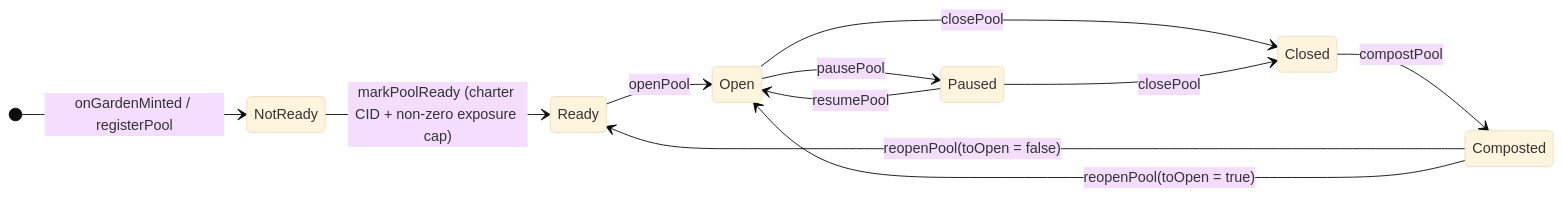
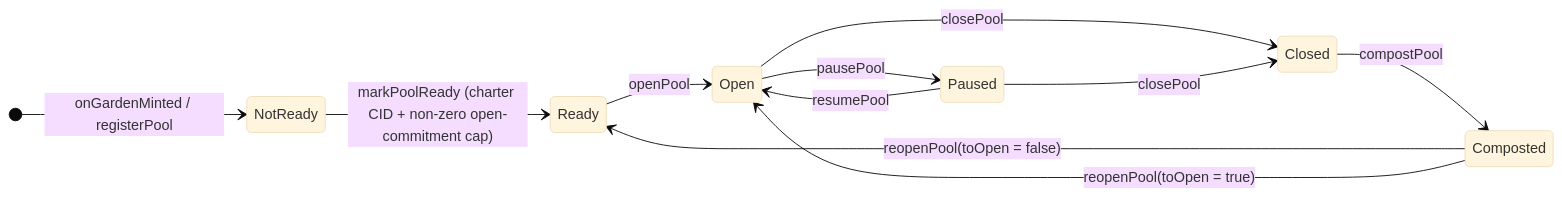
The fifth of 20 diagrams in .plans/active/commitment-pooling/diagrams.md (greenpill-dev-guild/green-goods), drawn with Mermaid (base theme) before and after one commit. The commit also changed other lines of this file and 13 other files, not shown here.

````diff
--- a/.plans/active/commitment-pooling/diagrams.md
+++ b/.plans/active/commitment-pooling/diagrams.md
@@ -289,14 +315,14 @@
 ```mermaid
 stateDiagram-v2
   direction LR
   [*] --> NotReady : onGardenMinted / registerPool
-  NotReady --> Ready : markPoolReady (charter CID + non-zero exposure cap)
+  NotReady --> Ready : markPoolReady (charter CID + non-zero open-commitment cap)
   Ready --> Open : openPool
   Open --> Paused : pausePool
   Paused --> Open : resumePool
   Open --> Closed : closePool
   Paused --> Closed : closePool
   Closed --> Composted : compostPool
   Composted --> Ready : reopenPool(toOpen = false)
   Composted --> Open : reopenPool(toOpen = true)
 ```
````
